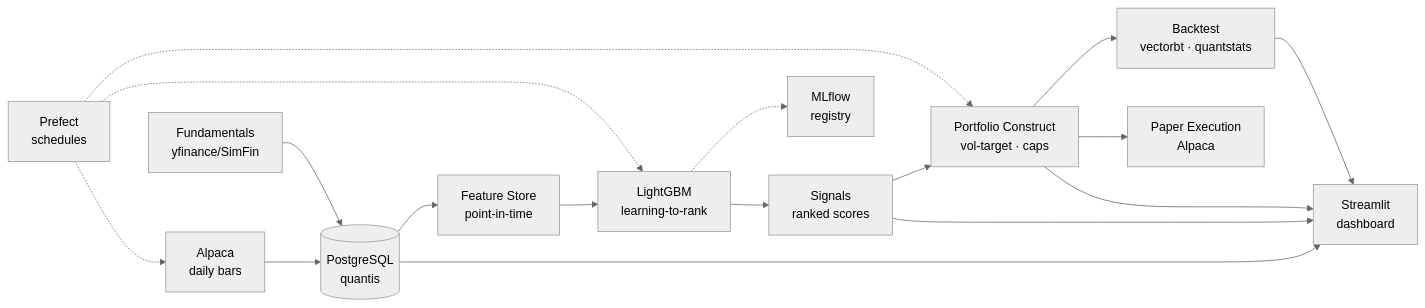
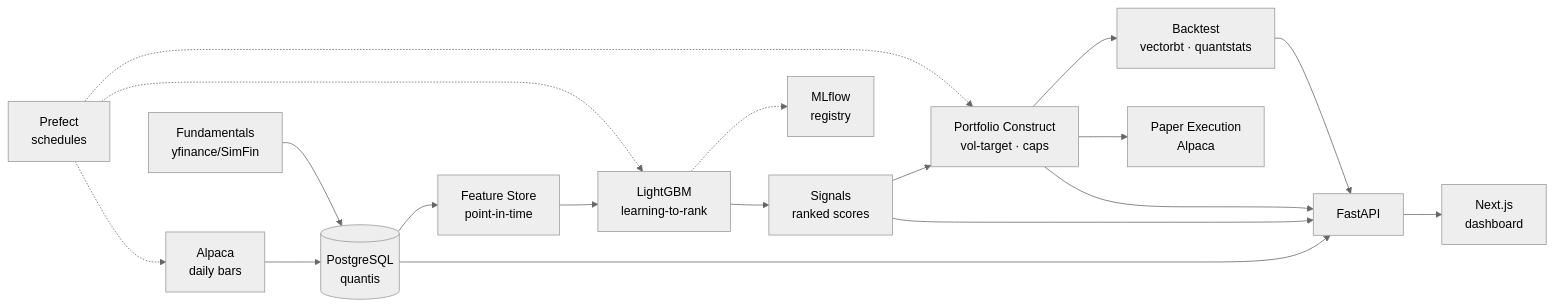
Before and after one commit to nishantnayar/trading-public: the diagram in README.md, drawn with Mermaid (neutral theme). The commit also changed other lines of this file and 1 other file, not shown here.

First line of the commit message:
Switch dashboard stack to Next.js + FastAPI (update plan + README)

````diff
--- a/README.md
+++ b/README.md
@@ -55,14 +55,15 @@
 ```mermaid
 flowchart LR
     A[Alpaca<br/>daily bars] --> B[(PostgreSQL<br/>quantis)]
     F[Fundamentals<br/>yfinance/SimFin] --> B
     B --> C[Feature Store<br/>point-in-time]
     C --> D[LightGBM<br/>learning-to-rank]
     D --> E[Signals<br/>ranked scores]
     E --> G[Portfolio Construct<br/>vol-target · caps]
     G --> H[Backtest<br/>vectorbt · quantstats]
     G --> I[Paper Execution<br/>Alpaca]
     D -.-> M[MLflow<br/>registry]
     P[Prefect<br/>schedules] -.-> A & D & G
-    B & E & G & H --> S[Streamlit<br/>dashboard]
+    B & E & G & H --> API[FastAPI]
+    API --> S[Next.js<br/>dashboard]
 ```
````
